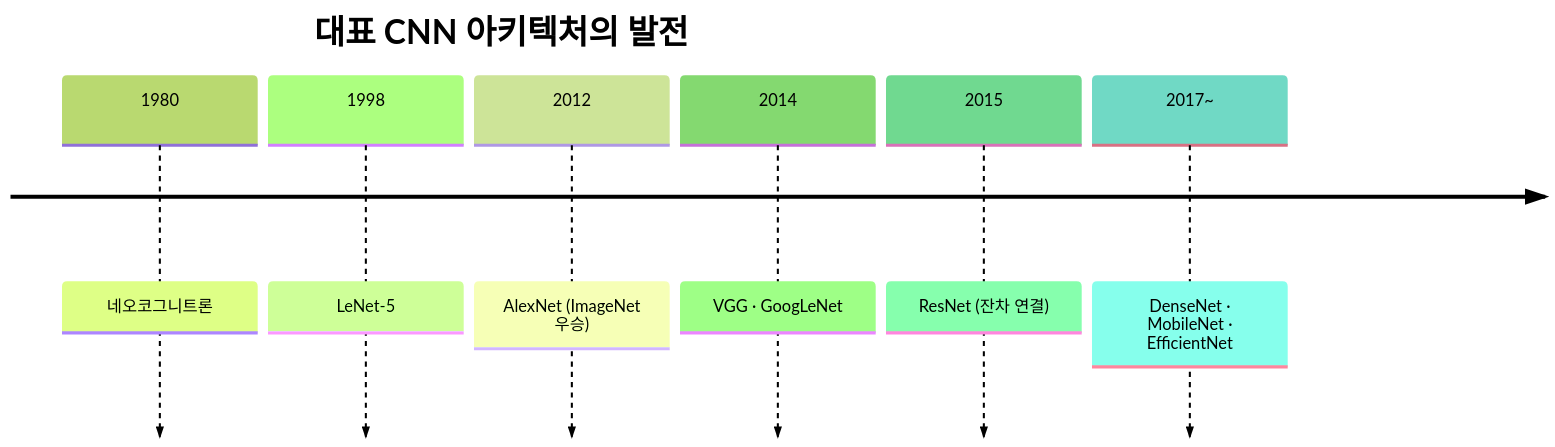
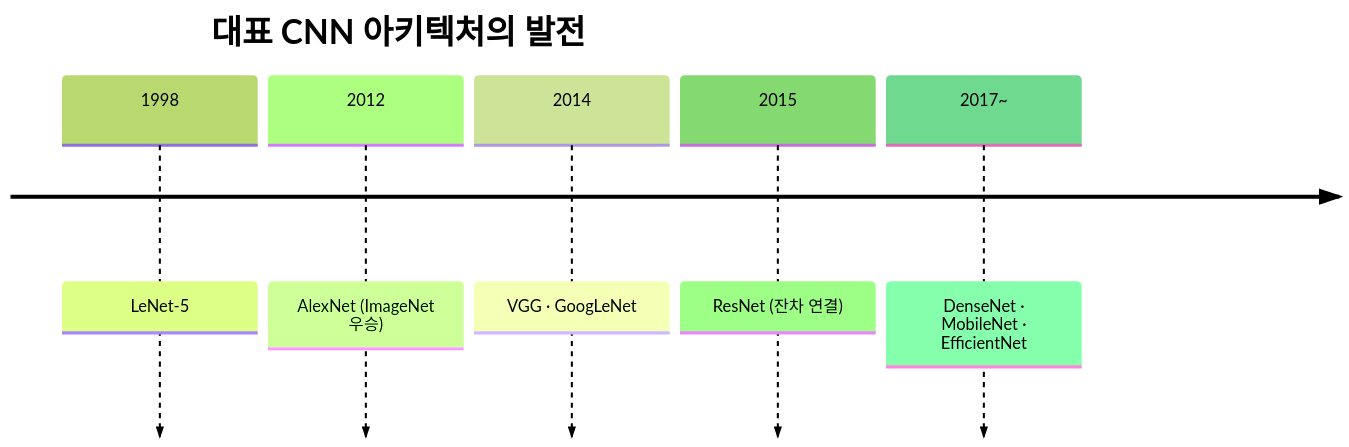
One commit to phyzikyh/aimodeling changed the first of 5 diagrams in week05_lecture.qmd. Above: the diagram before and after it, drawn with Mermaid (forest theme). The commit also changed other lines of this file and 12 other files, not shown here.

````diff
--- a/week05_lecture.qmd
+++ b/week05_lecture.qmd
@@ -157,10 +181,9 @@
 ```{mermaid}
 timeline
     title 대표 CNN 아키텍처의 발전
-    1980 : 네오코그니트론
     1998 : LeNet-5
     2012 : AlexNet (ImageNet 우승)
     2014 : VGG · GoogLeNet
     2015 : ResNet (잔차 연결)
     2017~ : DenseNet · MobileNet · EfficientNet
 ```
````
